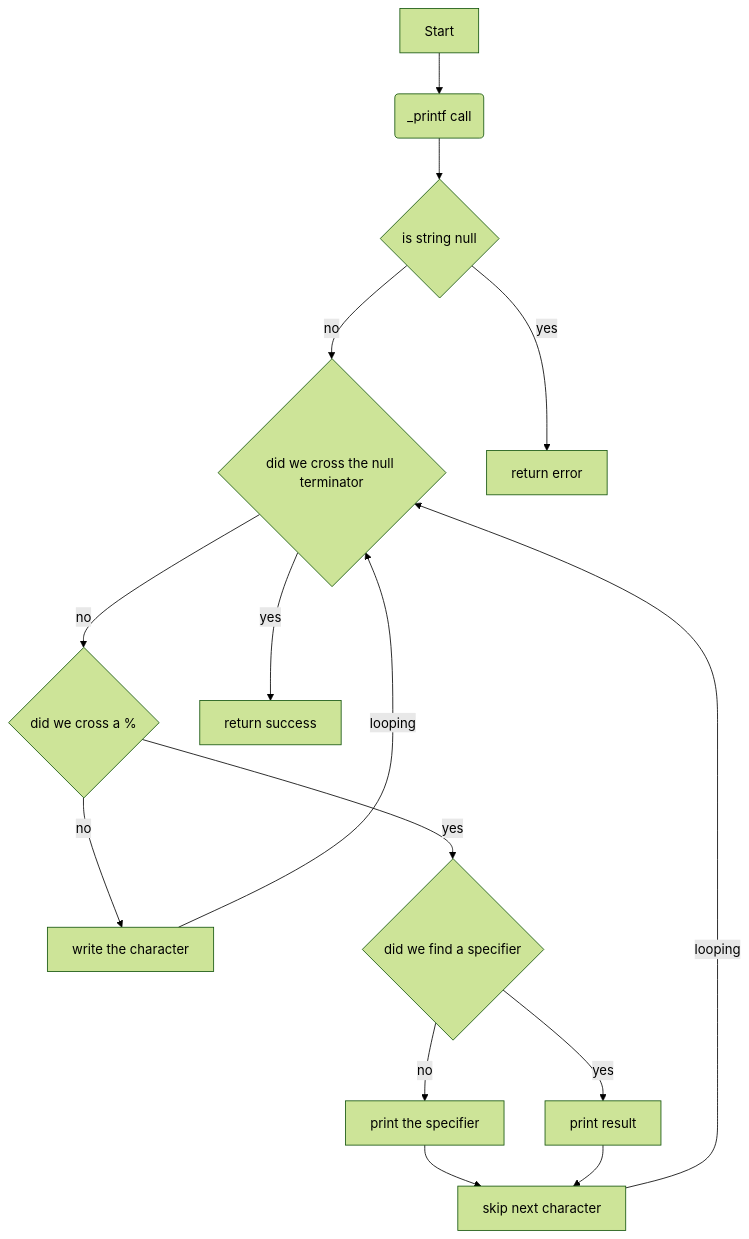
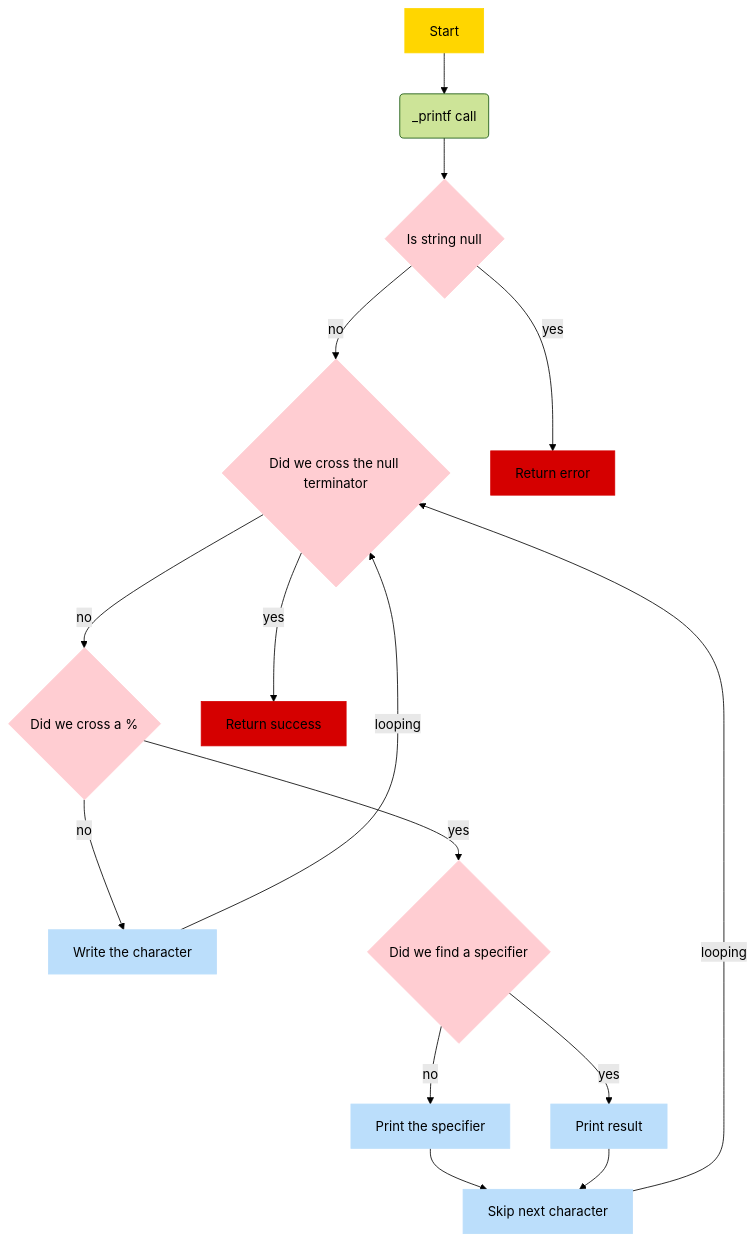
One commit to AdelMej/holbertonschool-printf changed the diagram in README.md. Above: the diagram before and after it, drawn with Mermaid (forest theme). The commit also changed other lines of this file, not shown here.

````diff
--- a/README.md
+++ b/README.md
@@ -12,21 +48,33 @@
 ```mermaid
 ---
 config:
   layout: dagre
 ---
 flowchart TD
     A["Start"] --> B("_printf call")
-    B --> D{"is string null"}
-    D -- no --> E{"did we cross the null terminator"}
-    E -- no --> F{"did we cross a %"}
-    F -- no --> G["write the character"]
-    D -- yes --> H["return error"]
-    E -- yes --> I["return success"]
-    F -- yes --> J{"did we find a specifier" }
-    J -- yes --> K["print result"]
+    B --> D{"Is string null"}
+    D -- no --> E{"Did we cross the null terminator"}
+    E -- no --> F{"Did we cross a %"}
+    F -- no --> G["Write the character"]
+    D -- yes --> H["Return error"]
+    E -- yes --> I["Return success"]
+    F -- yes --> J{"Did we find a specifier"}
+    J -- yes --> K["Print result"]
     G -- looping --> E
-    O -- looping --> E
-    J -- no --> P["print the specifier"]
-    P --> O["skip next character"]
+    O["Skip next character"] -- looping --> E
+    J -- no --> P["Print the specifier"]
+    P --> O
     K --> O
+    style A fill:#FFD600,stroke:#FFD600,color:#000000
+    style D fill:#FFCDD2,stroke:#FFCDD2,color:#000000
+    style E fill:#FFCDD2,stroke:#FFCDD2,color:#000000
+    style F fill:#FFCDD2,stroke:#FFCDD2,color:#000000
+    style G fill:#BBDEFB,stroke:#BBDEFB,color:#000000
+    style H fill:#D50000,stroke:#D50000,color:#000000
+    style I fill:#D50000,stroke:#D50000,color:#000000
+    style J fill:#FFCDD2,stroke:#FFCDD2,color:#000000
+    style K fill:#BBDEFB,stroke:#BBDEFB,color:#000000
+    style O fill:#BBDEFB,stroke:#BBDEFB,color:#000000
+    style P fill:#BBDEFB,stroke:#BBDEFB,color:#000000
+
 ```
````
